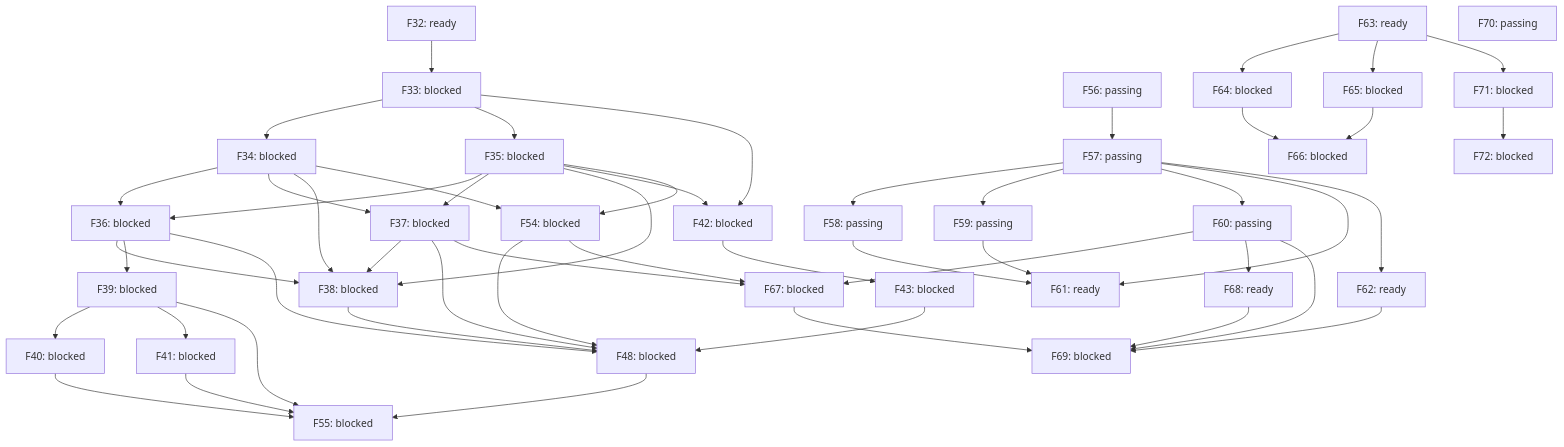
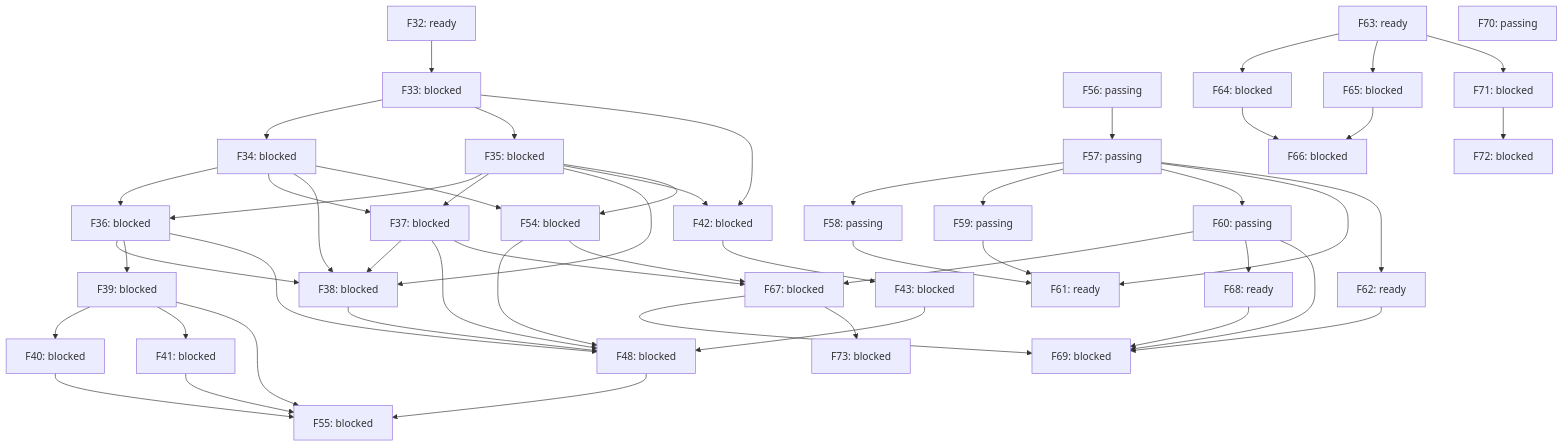
One commit to alex-nax/rengine changed the diagram in docs/roadmap-graph.md. Above: the diagram before and after it, drawn with Mermaid. The commit also changed other lines of this file and 2 other files, not shown here.

Commit message:
inventory: record the F67 sign-off and why it still cannot pass
The owner signed off on the redesigned views and every F67 criterion is met on macOS. It stays
unpassed because it depends on F37 and F54, which require exercise on macOS and Windows, and the
Windows desktop suite is still 7 of 15 (KI-038). The evidence says so plainly rather than leaving
finished, signed-off work looking unfinished for an unstated reason. F73 is added for the explorer
the owner chose: expand inline under a node budget, drill down past it.

Claude-Session: https://claude.ai/code/session_01S83S2Wh8SGRyXQn9wCsXwu

````diff
--- a/docs/roadmap-graph.md
+++ b/docs/roadmap-graph.md
@@ -88,4 +88,6 @@
   F63 --> F71
   F72["F72: blocked"]
   F71 --> F72
+  F73["F73: blocked"]
+  F67 --> F73
 ```
````
